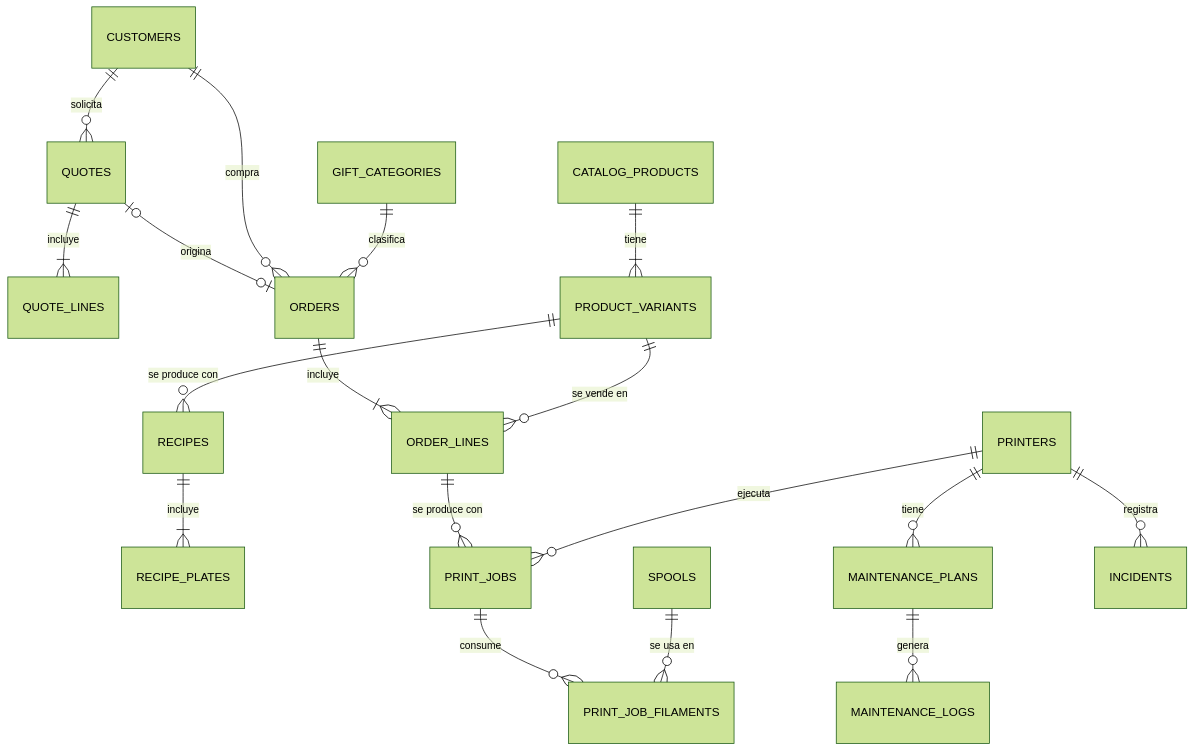
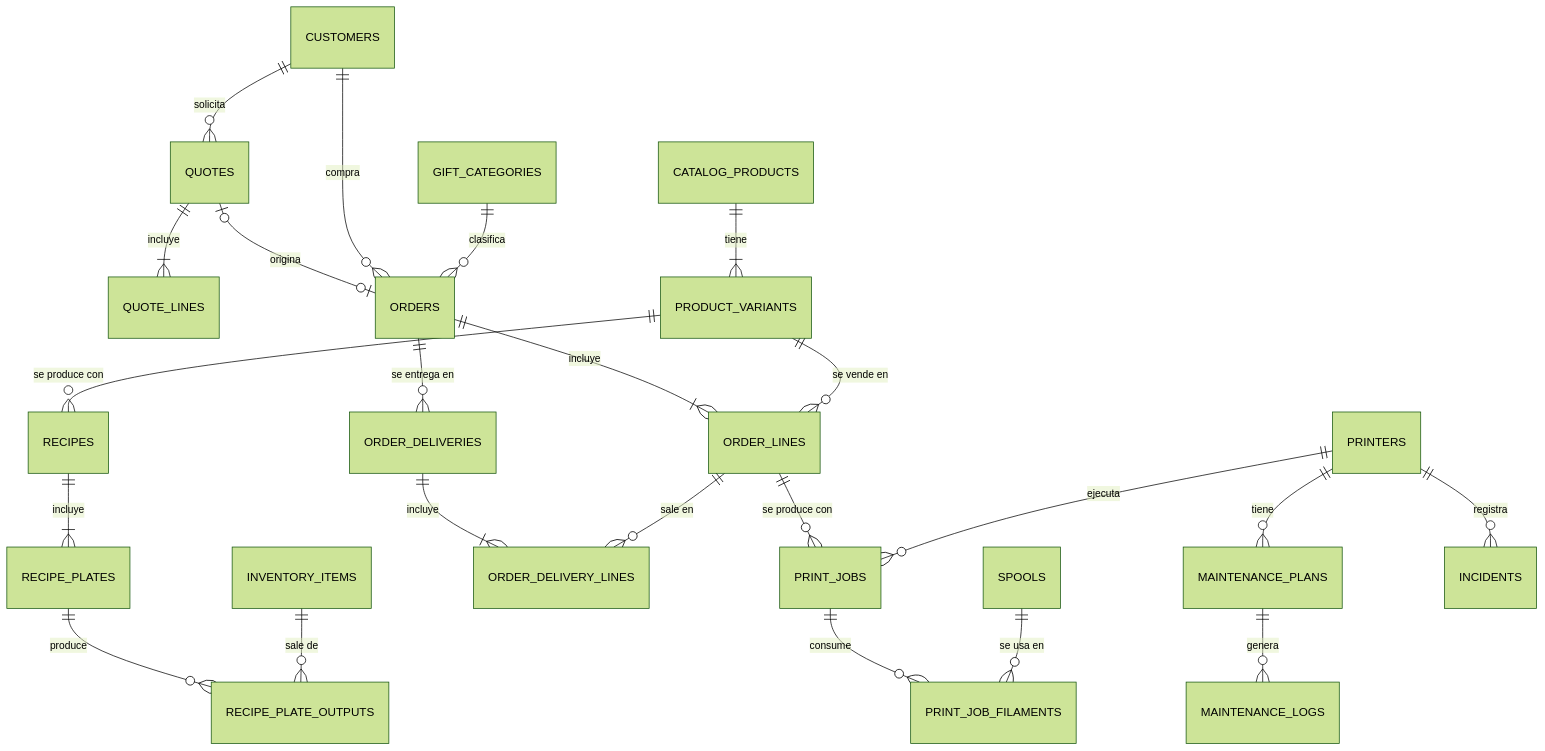
One commit to cma208/pickypop changed the second of 3 diagrams in docs/03-modelo-de-datos.md. Above: the diagram before and after it, drawn with Mermaid (forest theme). The commit also changed other lines of this file and 3 other files, not shown here.

````diff
--- a/docs/03-modelo-de-datos.md
+++ b/docs/03-modelo-de-datos.md
@@ -145,20 +150,25 @@
 ```mermaid
 erDiagram
   CUSTOMERS ||--o{ QUOTES : "solicita"
   QUOTES ||--|{ QUOTE_LINES : "incluye"
   QUOTES |o--o| ORDERS : "origina"
   CUSTOMERS ||--o{ ORDERS : "compra"
   GIFT_CATEGORIES ||--o{ ORDERS : "clasifica"
   ORDERS ||--|{ ORDER_LINES : "incluye"
   CATALOG_PRODUCTS ||--|{ PRODUCT_VARIANTS : "tiene"
   PRODUCT_VARIANTS ||--o{ RECIPES : "se produce con"
   RECIPES ||--|{ RECIPE_PLATES : "incluye"
+  RECIPE_PLATES ||--o{ RECIPE_PLATE_OUTPUTS : "produce"
+  INVENTORY_ITEMS ||--o{ RECIPE_PLATE_OUTPUTS : "sale de"
+  ORDERS ||--o{ ORDER_DELIVERIES : "se entrega en"
+  ORDER_DELIVERIES ||--|{ ORDER_DELIVERY_LINES : "incluye"
+  ORDER_LINES ||--o{ ORDER_DELIVERY_LINES : "sale en"
   PRODUCT_VARIANTS ||--o{ ORDER_LINES : "se vende en"
   ORDER_LINES ||--o{ PRINT_JOBS : "se produce con"
   PRINTERS ||--o{ PRINT_JOBS : "ejecuta"
   PRINT_JOBS ||--o{ PRINT_JOB_FILAMENTS : "consume"
   SPOOLS ||--o{ PRINT_JOB_FILAMENTS : "se usa en"
   PRINTERS ||--o{ MAINTENANCE_PLANS : "tiene"
   MAINTENANCE_PLANS ||--o{ MAINTENANCE_LOGS : "genera"
   PRINTERS ||--o{ INCIDENTS : "registra"
 ```
````
